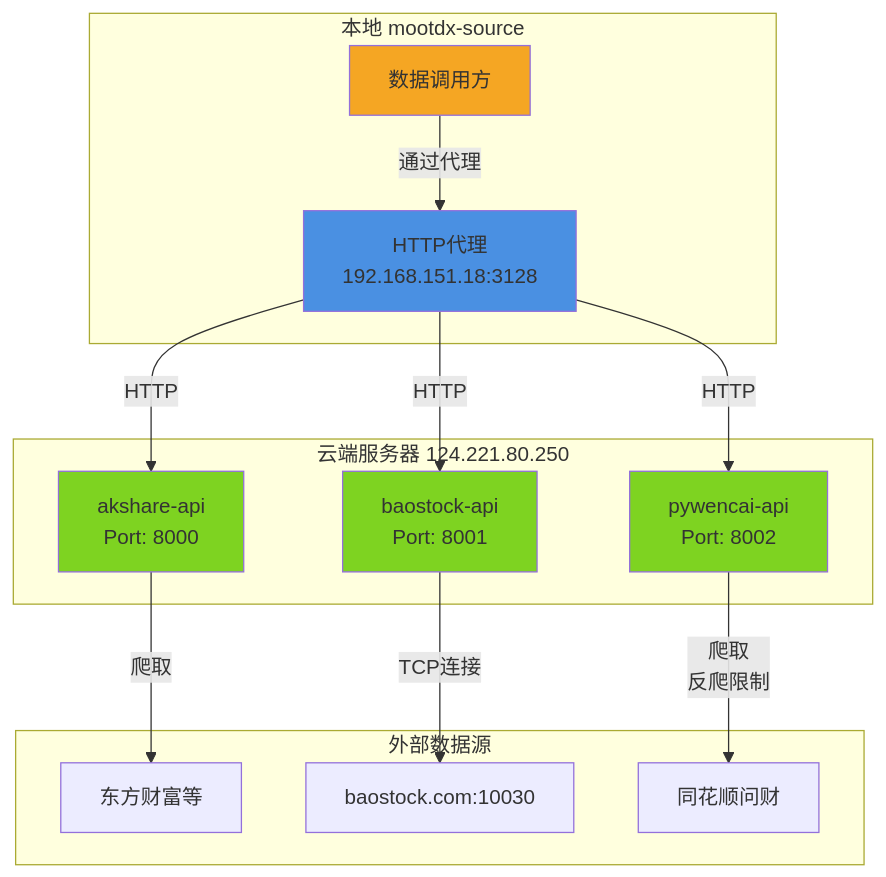
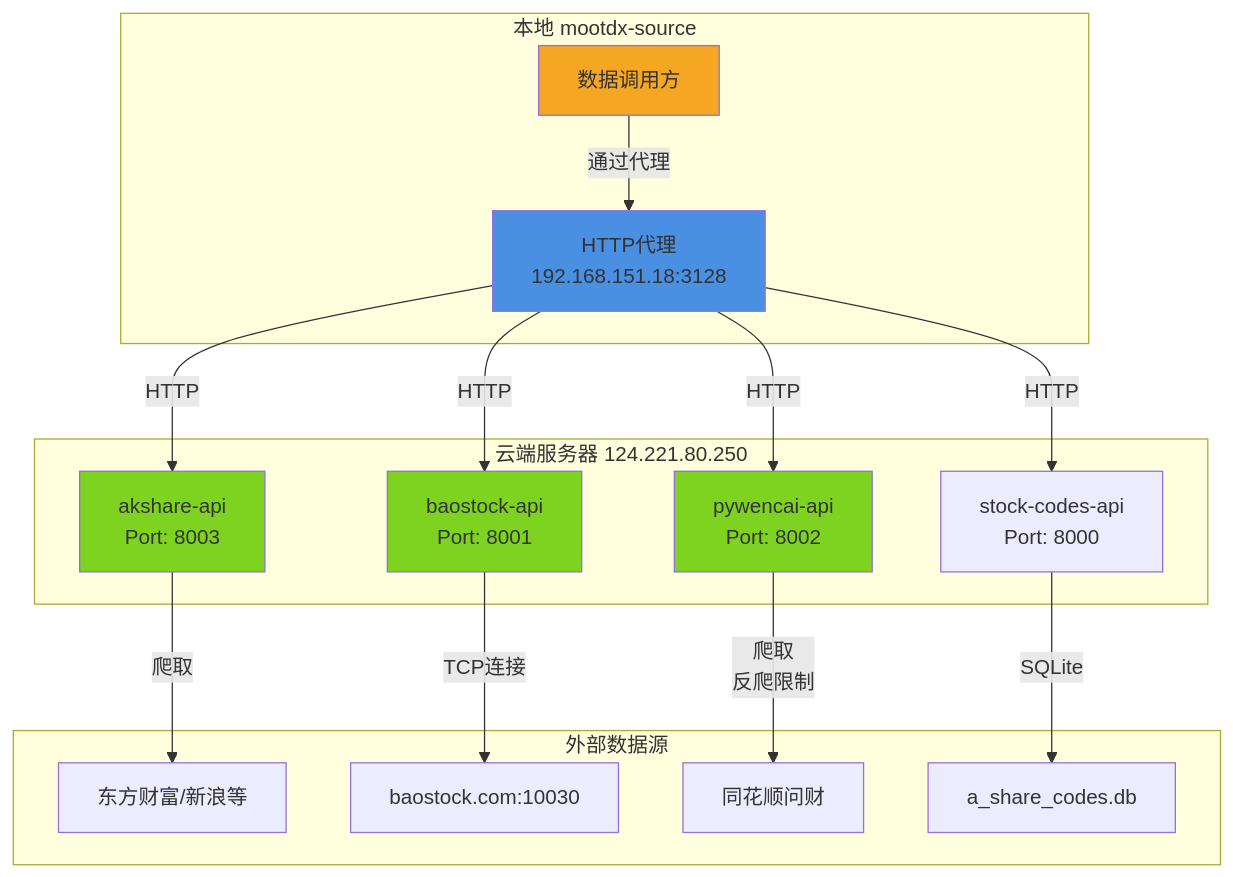
The first of 2 diagrams in docs/架构设计.md (bxgh/microservice-stock), drawn with Mermaid before and after one commit.

Commit message:
chore: remove an unspecified file.

````diff
--- a/docs/架构设计.md
+++ b/docs/架构设计.md
@@ -17,34 +17,38 @@
 ```mermaid
 graph TB
     subgraph Local["本地 mootdx-source"]
         Client[数据调用方]
         Proxy[HTTP代理<br/>192.168.151.18:3128]
     end
     
     subgraph Cloud["云端服务器 124.221.80.250"]
-        AkShare[akshare-api<br/>Port: 8000]
+        StockCodes[stock-codes-api<br/>Port: 8000]
         BaoStock[baostock-api<br/>Port: 8001]
         PyWencai[pywencai-api<br/>Port: 8002]
+        AkShare[akshare-api<br/>Port: 8003]
     end
     
     subgraph DataSource["外部数据源"]
-        AkShareData[东方财富等]
+        AkShareData[东方财富/新浪等]
         BaoStockData[baostock.com:10030]
         WencaiData[同花顺问财]
+        LocalDB[a_share_codes.db]
     end
     
     Client -->|通过代理| Proxy
-    Proxy -->|HTTP| AkShare
+    Proxy -->|HTTP| StockCodes
     Proxy -->|HTTP| BaoStock
     Proxy -->|HTTP| PyWencai
+    Proxy -->|HTTP| AkShare
     
+    StockCodes -->|SQLite| LocalDB
     AkShare -->|爬取| AkShareData
     BaoStock -->|TCP连接| BaoStockData
     PyWencai -->|爬取<br/>反爬限制| WencaiData
 
     style AkShare fill:#7ed321
     style BaoStock fill:#7ed321
     style PyWencai fill:#7ed321
     style Proxy fill:#4a90e2
     style Client fill:#f5a623
 ```
````
